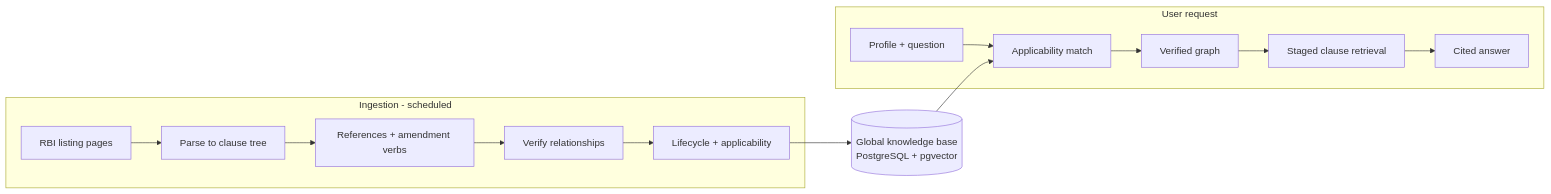
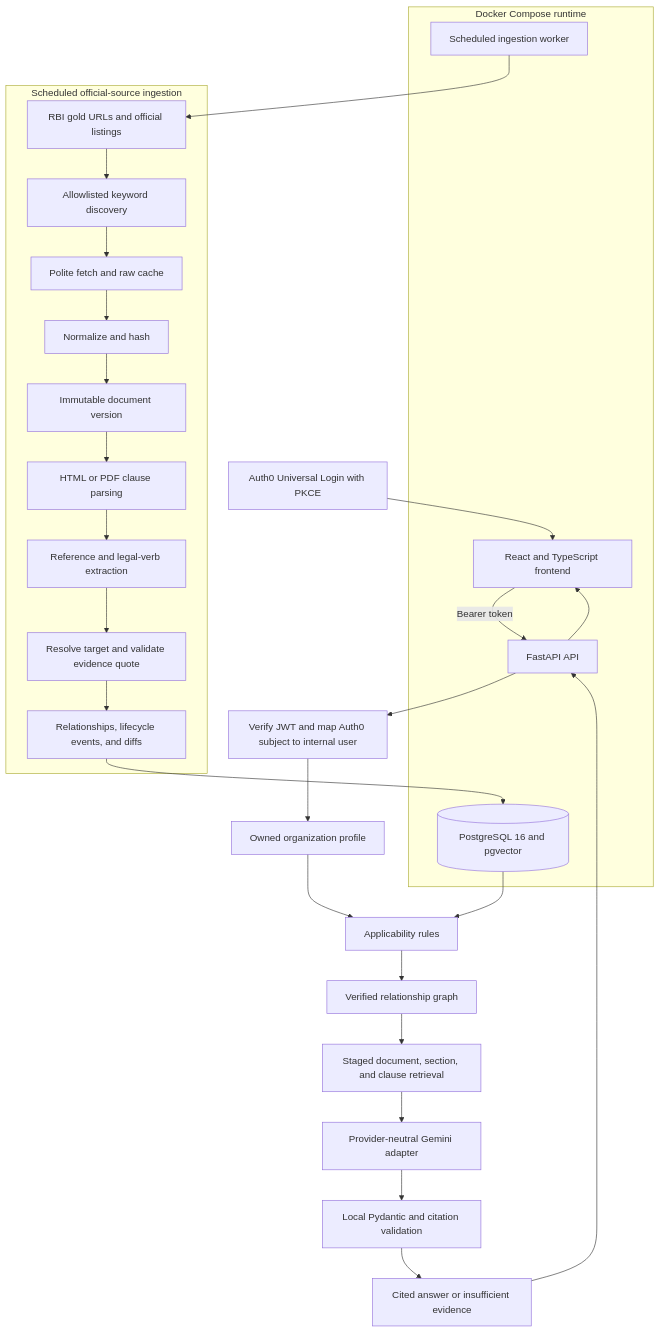
The diagram in README.md (arnav7897/RAAY), drawn with Mermaid before and after one commit. The commit also changed other lines of this file and 46 other files, not shown here.

Commit message:
Phase 4 - Gemini structured output and local clause/quote validation. - Fallback diagnostics and the timeout conversion fix.

````diff
--- a/README.md
+++ b/README.md
@@ -40,12 +42,38 @@
 ```mermaid
-flowchart LR
-  subgraph A[Ingestion - scheduled]
-    S[RBI listing pages] --> P[Parse to clause tree] --> R[References + amendment verbs] --> V[Verify relationships] --> L[Lifecycle + applicability]
+flowchart TD
+  subgraph Runtime[Docker Compose runtime]
+    FE[React and TypeScript frontend]
+    API[FastAPI API]
+    WORKER[Scheduled ingestion worker]
+    DB[(PostgreSQL 16 and pgvector)]
   end
-  KB[(Global knowledge base<br/>PostgreSQL + pgvector)]
-  L --> KB
-  subgraph B[User request]
-    U[Profile + question] --> M[Applicability match] --> G[Verified graph] --> C[Staged clause retrieval] --> X[Cited answer]
+
+  AUTH[Auth0 Universal Login with PKCE] --> FE
+  FE -->|Bearer token| API
+  API --> TOK[Verify JWT and map Auth0 subject to internal user]
+
+  subgraph Ingestion[Scheduled official-source ingestion]
+    RBI[RBI gold URLs and official listings] --> DISC[Allowlisted keyword discovery]
+    DISC --> FETCH[Polite fetch and raw cache]
+    FETCH --> HASH[Normalize and hash]
+    HASH --> VERSION[Immutable document version]
+    VERSION --> PARSE[HTML or PDF clause parsing]
+    PARSE --> REFS[Reference and legal-verb extraction]
+    REFS --> VERIFY[Resolve target and validate evidence quote]
+    VERIFY --> LIFE[Relationships, lifecycle events, and diffs]
   end
-  KB --> M
+
+  WORKER --> RBI
+  LIFE --> DB
+
+  TOK --> PROFILE[Owned organization profile]
+  PROFILE --> APPLY[Applicability rules]
+  DB --> APPLY
+  APPLY --> GRAPH[Verified relationship graph]
+  GRAPH --> RETRIEVE[Staged document, section, and clause retrieval]
+  RETRIEVE --> GEMINI[Provider-neutral Gemini adapter]
+  GEMINI --> CLAIMS[Local Pydantic and citation validation]
+  CLAIMS --> ANSWER[Cited answer or insufficient evidence]
+  ANSWER --> API
+  API --> FE
 ```
````
